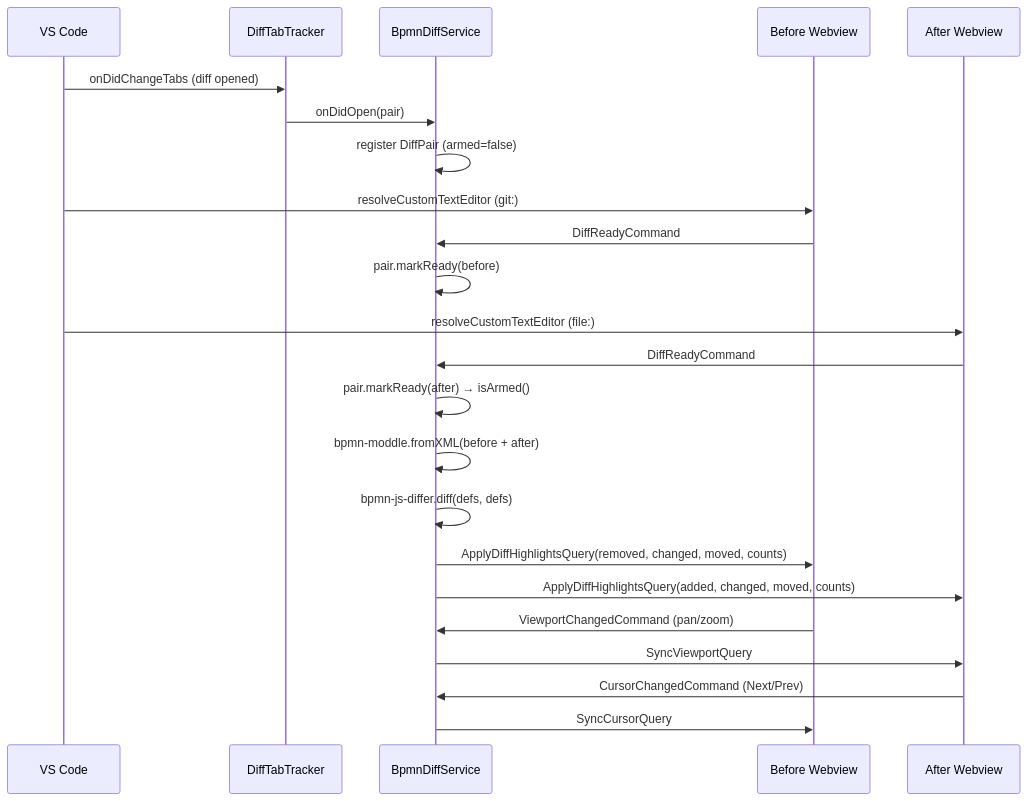
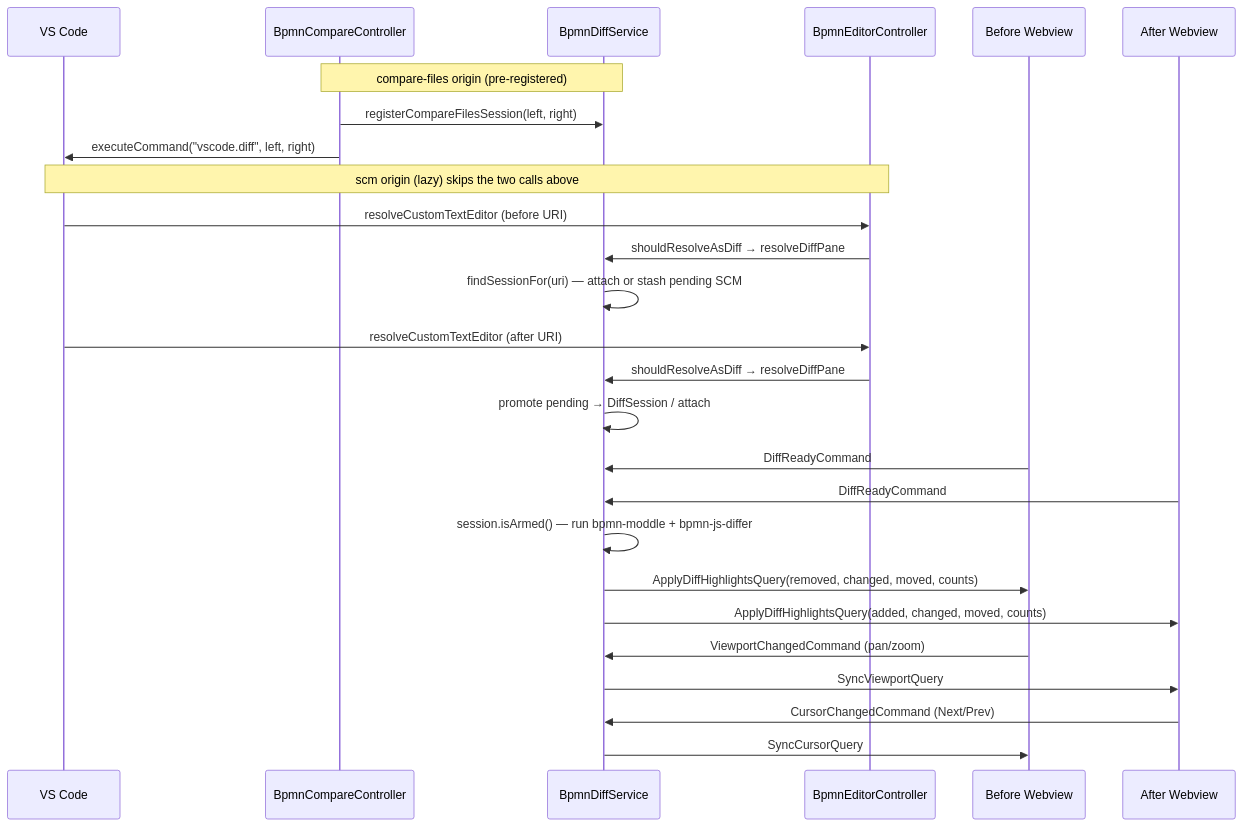
One commit to Miragon/bpmn-modeler changed the diagram in docs/vscode/contributing/architecture/bpmn-diff.md. Above: the diagram before and after it, drawn with Mermaid. The commit also changed other lines of this file and 8 other files, not shown here.

First line of the commit message:
feat(bpmn): add compare-files UI for BPMN diffs (#926)

````diff
--- a/docs/vscode/contributing/architecture/bpmn-diff.md
+++ b/docs/vscode/contributing/architecture/bpmn-diff.md
@@ -22,31 +39,33 @@
 ```mermaid
 sequenceDiagram
     participant VSCode as VS Code
-    participant Tracker as DiffTabTracker
+    participant Ctrl as BpmnCompareController
     participant Diff as BpmnDiffService
+    participant Editor as BpmnEditorController
     participant BeforePane as Before Webview
     participant AfterPane as After Webview
 
-    VSCode->>Tracker: onDidChangeTabs (diff opened)
-    Tracker->>Diff: onDidOpen(pair)
-    Diff->>Diff: register DiffPair (armed=false)
+    Note over Ctrl,Diff: compare-files origin (pre-registered)
+    Ctrl->>Diff: registerCompareFilesSession(left, right)
+    Ctrl->>VSCode: executeCommand("vscode.diff", left, right)
 
-    VSCode->>BeforePane: resolveCustomTextEditor (git:)
+    Note over VSCode,Editor: scm origin (lazy) skips the two calls above
+    VSCode->>Editor: resolveCustomTextEditor (before URI)
+    Editor->>Diff: shouldResolveAsDiff → resolveDiffPane
+    Diff->>Diff: findSessionFor(uri) — attach or stash pending SCM
+
+    VSCode->>Editor: resolveCustomTextEditor (after URI)
+    Editor->>Diff: shouldResolveAsDiff → resolveDiffPane
+    Diff->>Diff: promote pending → DiffSession / attach
+
     BeforePane->>Diff: DiffReadyCommand
-    Diff->>Diff: pair.markReady(before)
-
-    VSCode->>AfterPane: resolveCustomTextEditor (file:)
     AfterPane->>Diff: DiffReadyCommand
-    Diff->>Diff: pair.markReady(after) → isArmed()
-
-    Diff->>Diff: bpmn-moddle.fromXML(before + after)
-    Diff->>Diff: bpmn-js-differ.diff(defs, defs)
+    Diff->>Diff: session.isArmed() — run bpmn-moddle + bpmn-js-differ
     Diff->>BeforePane: ApplyDiffHighlightsQuery(removed, changed, moved, counts)
     Diff->>AfterPane: ApplyDiffHighlightsQuery(added, changed, moved, counts)
 
     BeforePane->>Diff: ViewportChangedCommand (pan/zoom)
     Diff->>AfterPane: SyncViewportQuery
-
     AfterPane->>Diff: CursorChangedCommand (Next/Prev)
     Diff->>BeforePane: SyncCursorQuery
 ```
````
